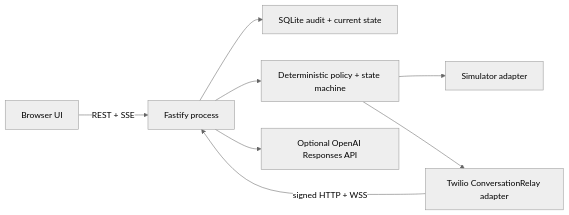
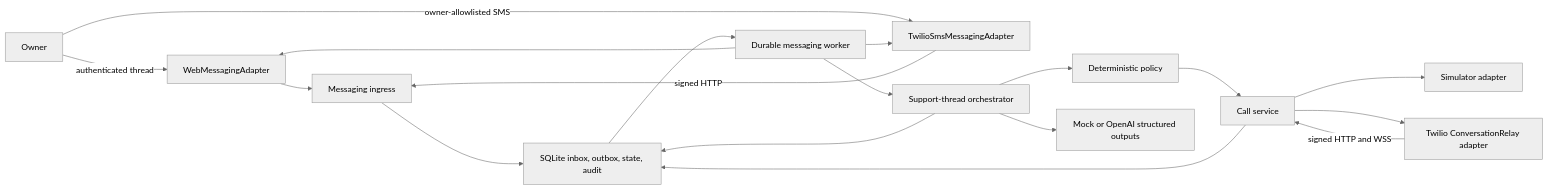
The first of 3 diagrams in docs/ARCHITECTURE.md (kaushika05/liaison), drawn with Mermaid (neutral theme) before and after one commit. The commit also changed other lines of this file and 101 other files, not shown here.

````diff
--- a/docs/ARCHITECTURE.md
+++ b/docs/ARCHITECTURE.md
@@ -5,10 +5,20 @@
 ```mermaid
 flowchart LR
-  Browser["Browser UI"] -->|"REST + SSE"| Fastify["Fastify process"]
-  Fastify --> SQLite["SQLite audit + current state"]
-  Fastify --> Policy["Deterministic policy + state machine"]
-  Policy --> Simulator["Simulator adapter"]
-  Policy --> Twilio["Twilio ConversationRelay adapter"]
-  Fastify --> OpenAI["Optional OpenAI Responses API"]
-  Twilio -->|"signed HTTP + WSS"| Fastify
+  Owner["Owner"] -->|"authenticated thread"| Web["WebMessagingAdapter"]
+  Owner -->|"owner-allowlisted SMS"| Sms["TwilioSmsMessagingAdapter"]
+  Web --> Ingress["Messaging ingress"]
+  Sms -->|"signed HTTP"| Ingress
+  Ingress --> DB["SQLite inbox, outbox, state, audit"]
+  DB --> Worker["Durable messaging worker"]
+  Worker --> Orchestrator["Support-thread orchestrator"]
+  Orchestrator --> Policy["Deterministic policy"]
+  Orchestrator --> Model["Mock or OpenAI structured outputs"]
+  Policy --> Call["Call service"]
+  Call --> Simulator["Simulator adapter"]
+  Call --> TwilioVoice["Twilio ConversationRelay adapter"]
+  TwilioVoice -->|"signed HTTP and WSS"| Call
+  Orchestrator --> DB
+  Call --> DB
+  Worker --> Web
+  Worker --> Sms
 ```
````
